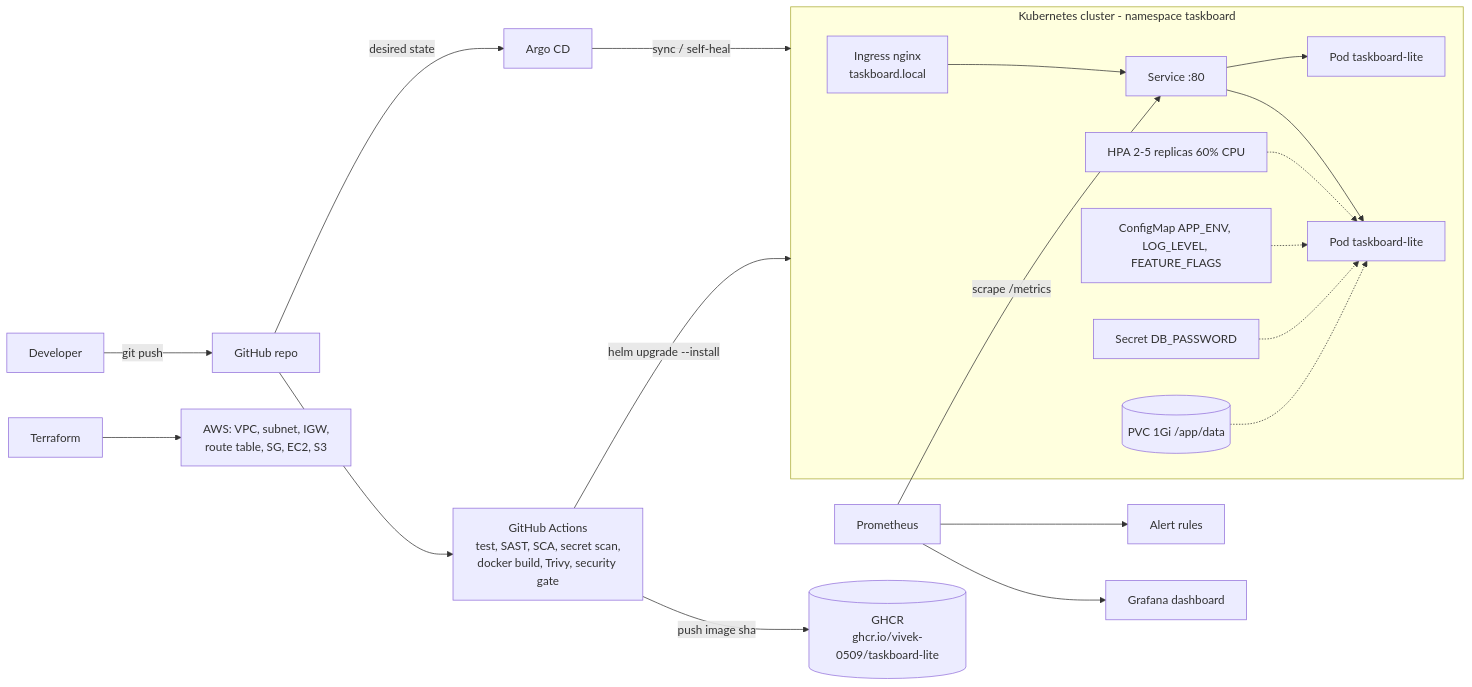
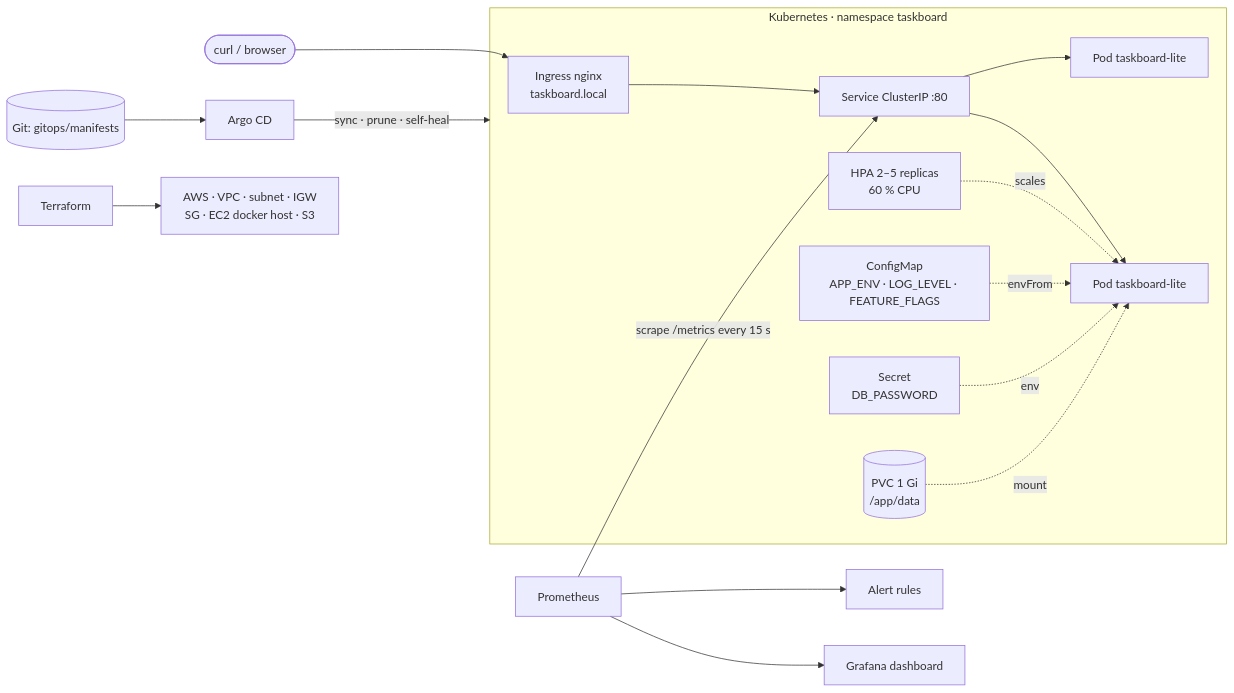
One commit to vivek-0509/taskboard-lite-cloud-native changed the second of 2 diagrams in README.md. Above: the diagram before and after it, drawn with Mermaid. The commit also changed other lines of this file, not shown here.

Commit message:
docs: rewrite the README as the capstone project overview with architecture, rubric map and evidence

````diff
--- a/README.md
+++ b/README.md
@@ -23,22 +92,19 @@
 ```mermaid
 flowchart LR
-    DEV[Developer] -->|git push| GH[GitHub repo]
-    GH --> CI[GitHub Actions<br/>test, SAST, SCA, secret scan,<br/>docker build, Trivy, security gate]
-    CI -->|push image sha| GHCR[(GHCR<br/>ghcr.io/vivek-0509/taskboard-lite)]
-    CI -->|helm upgrade --install| K8S
-    GH -->|desired state| ARGO[Argo CD]
-    ARGO -->|sync / self-heal| K8S
-    subgraph K8S[Kubernetes cluster - namespace taskboard]
-        ING[Ingress nginx<br/>taskboard.local] --> SVC[Service :80]
-        SVC --> POD1[Pod taskboard-lite]
-        SVC --> POD2[Pod taskboard-lite]
-        HPA[HPA 2-5 replicas 60% CPU] -.-> POD1
-        CM[ConfigMap APP_ENV, LOG_LEVEL, FEATURE_FLAGS] -.-> POD1
-        SEC[Secret DB_PASSWORD] -.-> POD1
-        PVC[(PVC 1Gi /app/data)] -.-> POD1
+    U([curl / browser]) --> ING[Ingress nginx<br/>taskboard.local]
+    subgraph K8S[Kubernetes · namespace taskboard]
+        ING --> SVC[Service ClusterIP :80]
+        SVC --> P1[Pod taskboard-lite]
+        SVC --> P2[Pod taskboard-lite]
+        HPA[HPA 2–5 replicas<br/>60 % CPU] -.scales.-> P1
+        CM[ConfigMap<br/>APP_ENV · LOG_LEVEL · FEATURE_FLAGS] -.envFrom.-> P1
+        SEC[Secret<br/>DB_PASSWORD] -.env.-> P1
+        PVC[(PVC 1 Gi<br/>/app/data)] -.mount.-> P1
     end
-    PROM[Prometheus] -->|scrape /metrics| SVC
+    PROM[Prometheus] -->|scrape /metrics every 15 s| SVC
     PROM --> GRAF[Grafana dashboard]
-    PROM --> ALERT[Alert rules]
-    TF[Terraform] --> AWS[AWS: VPC, subnet, IGW,<br/>route table, SG, EC2, S3]
+    PROM --> AL[Alert rules]
+    ARGO[Argo CD] -->|sync · prune · self-heal| K8S
+    GIT[(Git: gitops/manifests)] --> ARGO
+    TF[Terraform] --> AWS[AWS · VPC · subnet · IGW<br/>SG · EC2 docker host · S3]
 ```
````
